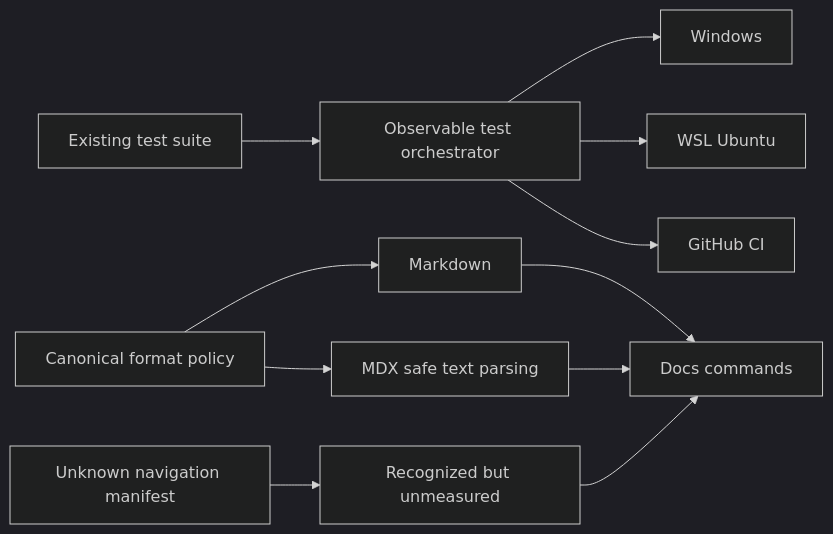
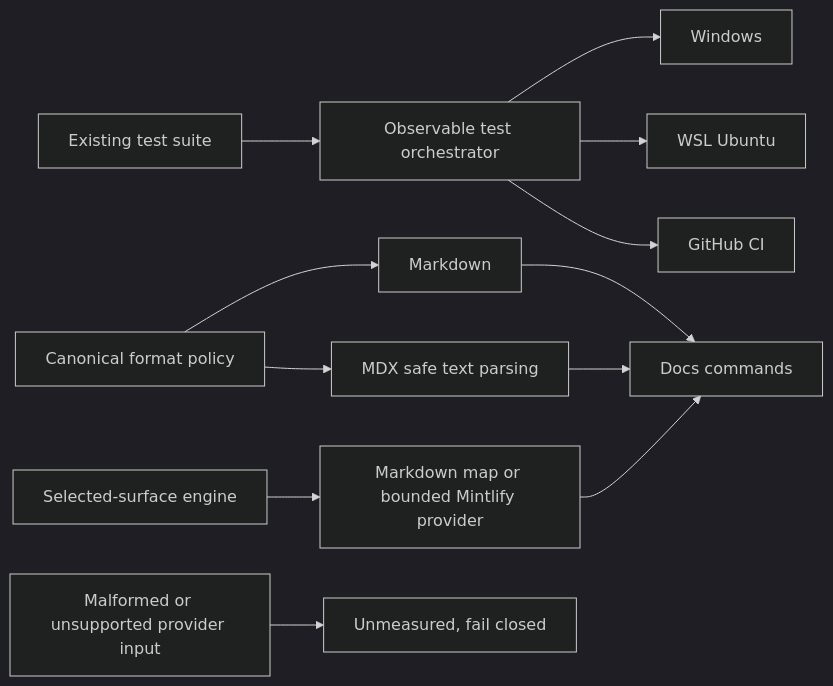
Before and after one commit to Statusnone420/Skills: the diagram in TESTING.md, drawn with Mermaid (dark theme). The commit also changed other lines of this file and 85 other files, not shown here.

````diff
--- a/TESTING.md
+++ b/TESTING.md
@@ -5,13 +5,14 @@
 ```mermaid
 flowchart LR
     A["Existing test suite"] --> B["Observable test orchestrator"]
     B --> C["Windows"]
     B --> D["WSL Ubuntu"]
     B --> E["GitHub CI"]
     F["Canonical format policy"] --> G["Markdown"]
     F --> H["MDX safe text parsing"]
     G --> I["Docs commands"]
     H --> I
-    J["Unknown navigation manifest"] --> K["Recognized but unmeasured"]
+    J["Selected-surface engine"] --> K["Markdown map or bounded Mintlify provider"]
     K --> I
+    L["Malformed or unsupported provider input"] --> M["Unmeasured, fail closed"]
 ```
````
